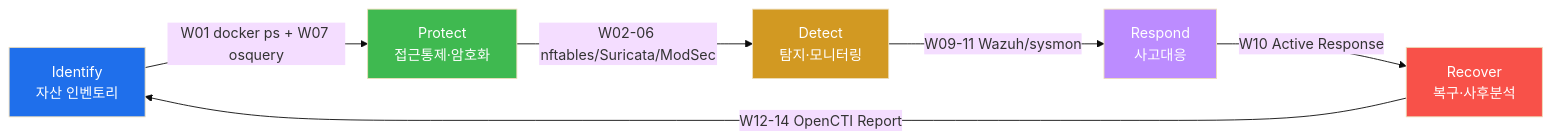
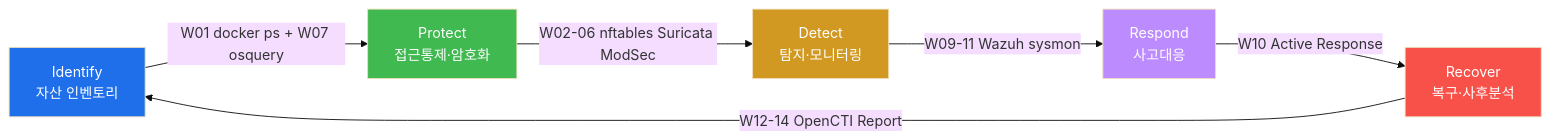
Before and after one commit to mrgrit/ccc: the tenth of 10 diagrams in contents/standalone/lecture/secuops/week01.md, drawn with Mermaid (base theme). The commit also changed other lines of this file and 3 other files, not shown here.

First line of the commit message:
fix(ui): mermaid 렌더링 보강 (securityLevel loose + setTimeout) + W01 mermaid syntax + W02 재작성

````diff
--- a/contents/standalone/lecture/secuops/week01.md
+++ b/contents/standalone/lecture/secuops/week01.md
@@ -1222,18 +1222,18 @@
 ```mermaid
 graph LR
-    ID[Identify<br/>자산 인벤토리]
-    PR[Protect<br/>접근통제·암호화]
-    DE[Detect<br/>탐지·모니터링]
-    RS[Respond<br/>사고대응]
-    RC[Recover<br/>복구·사후분석]
+    ID["Identify<br/>자산 인벤토리"]
+    PR["Protect<br/>접근통제·암호화"]
+    DE["Detect<br/>탐지·모니터링"]
+    RS["Respond<br/>사고대응"]
+    RC["Recover<br/>복구·사후분석"]
     ID -->|W01 docker ps + W07 osquery| PR
-    PR -->|W02-06 nftables/Suricata/ModSec| DE
-    DE -->|W09-11 Wazuh/sysmon| RS
+    PR -->|W02-06 nftables Suricata ModSec| DE
+    DE -->|W09-11 Wazuh sysmon| RS
     RS -->|W10 Active Response| RC
     RC -->|W12-14 OpenCTI Report| ID
     style ID fill:#1f6feb,color:#fff
     style PR fill:#3fb950,color:#fff
     style DE fill:#d29922,color:#fff
     style RS fill:#bc8cff,color:#fff
     style RC fill:#f85149,color:#fff
 ```
````
